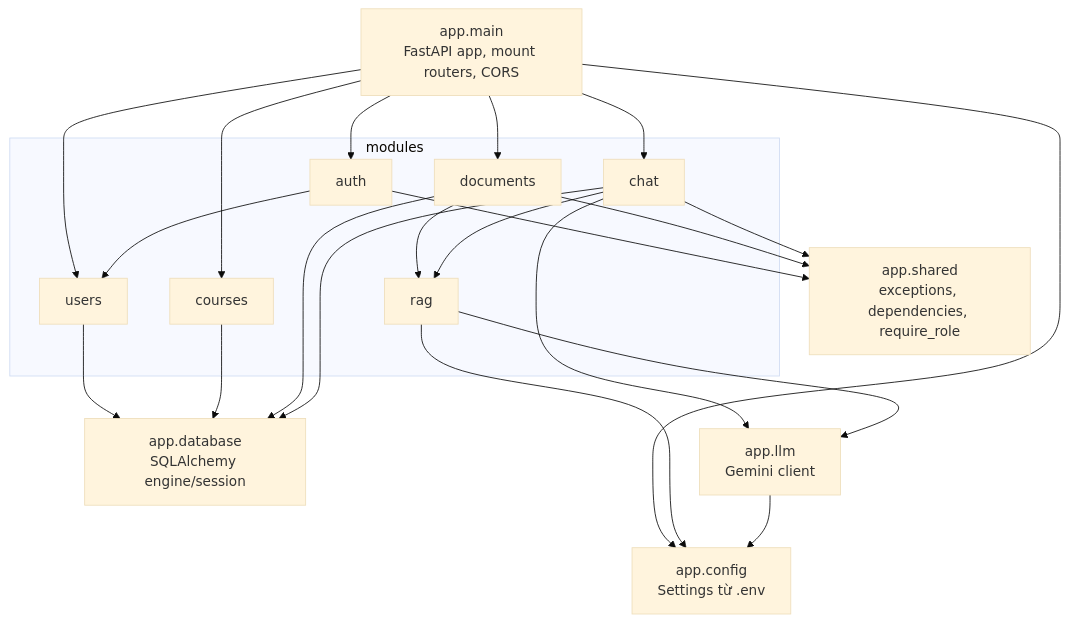
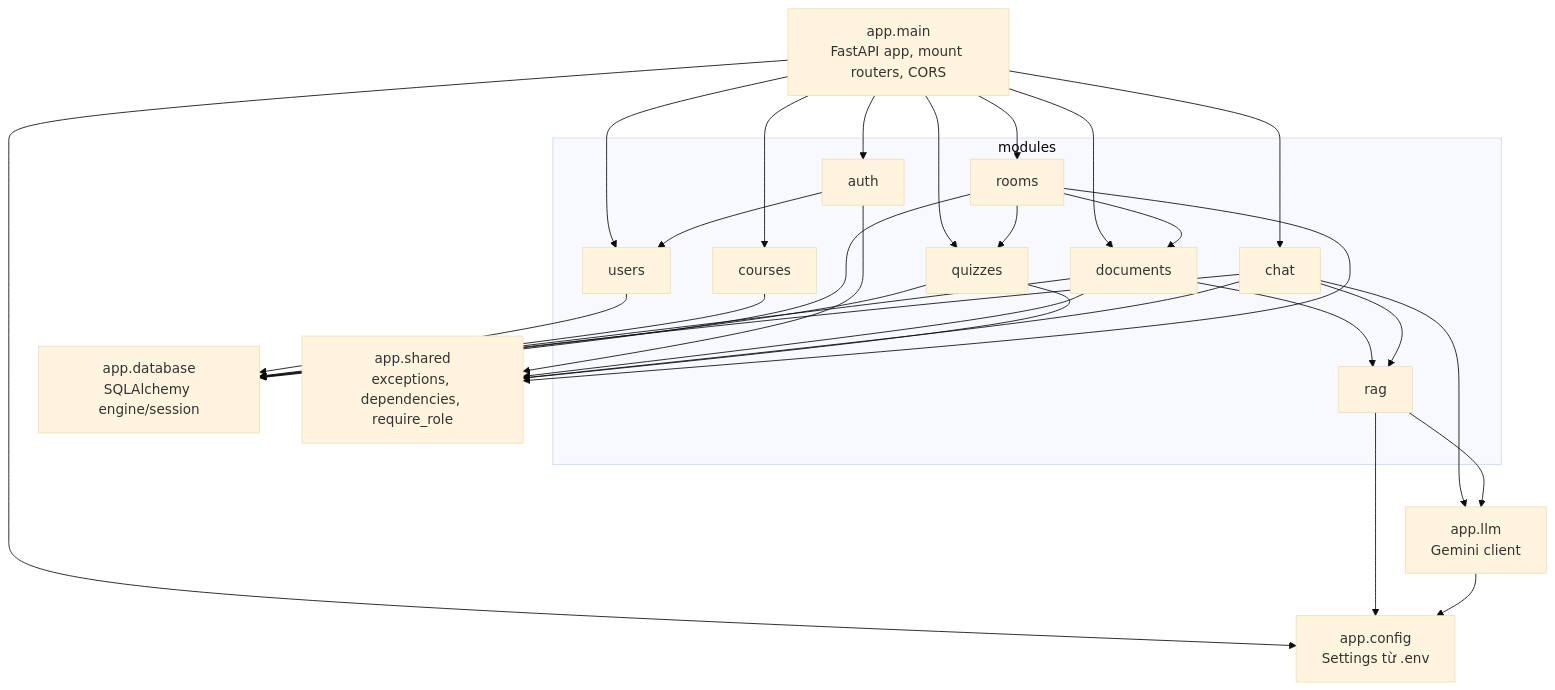
One commit to Scobydoo1/swd changed diagram 13 of 13 in docs/DESIGN.md. Above: the diagram before and after it, drawn with Mermaid (base theme). The commit also changed other lines of this file and 29 other files, not shown here.

First line of the commit message:
feat(rooms): phòng học Lecturer/Admin + chat chỉ Sinh viên + bảng điểm quiz

````diff
--- a/docs/DESIGN.md
+++ b/docs/DESIGN.md
@@ -568,34 +617,42 @@
 ```mermaid
 graph TD
     MAIN[app.main<br/>FastAPI app, mount routers, CORS]
     CONFIG[app.config<br/>Settings từ .env]
     DB[app.database<br/>SQLAlchemy engine/session]
     SHARED[app.shared<br/>exceptions, dependencies, require_role]
 
     subgraph modules
         AUTH[auth]
         USERS[users]
         COURSES[courses]
         DOCUMENTS[documents]
         CHAT[chat]
+        QUIZZES[quizzes]
+        ROOMS[rooms]
         RAG[rag]
     end
     LLM[app.llm<br/>Gemini client]
 
-    MAIN --> AUTH & USERS & COURSES & DOCUMENTS & CHAT
+    MAIN --> AUTH & USERS & COURSES & DOCUMENTS & CHAT & QUIZZES & ROOMS
     MAIN --> CONFIG
     AUTH --> USERS
     AUTH --> SHARED
     USERS --> DB
     COURSES --> DB
     DOCUMENTS --> DB
     DOCUMENTS --> RAG
     DOCUMENTS --> SHARED
     CHAT --> DB
     CHAT --> RAG
     CHAT --> LLM
     CHAT --> SHARED
+    QUIZZES --> DB
+    QUIZZES --> SHARED
+    ROOMS --> DB
+    ROOMS --> QUIZZES
+    ROOMS --> DOCUMENTS
+    ROOMS --> SHARED
     RAG --> LLM
     RAG --> CONFIG
     LLM --> CONFIG
 ```
````
